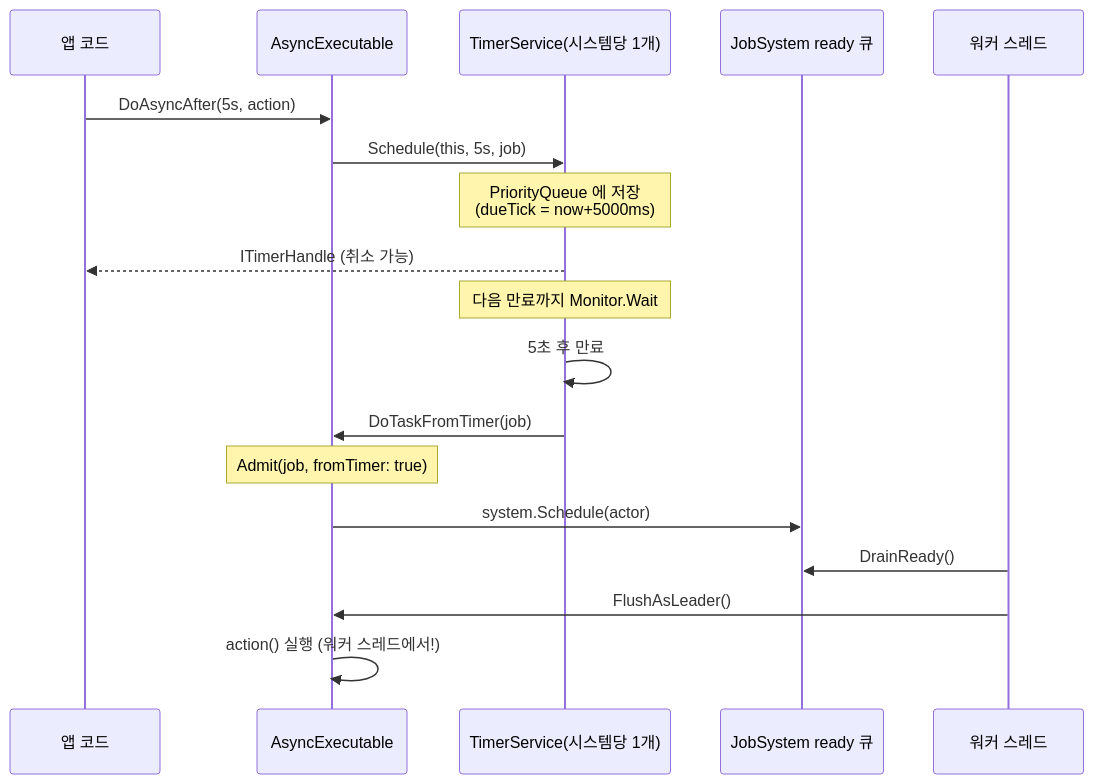
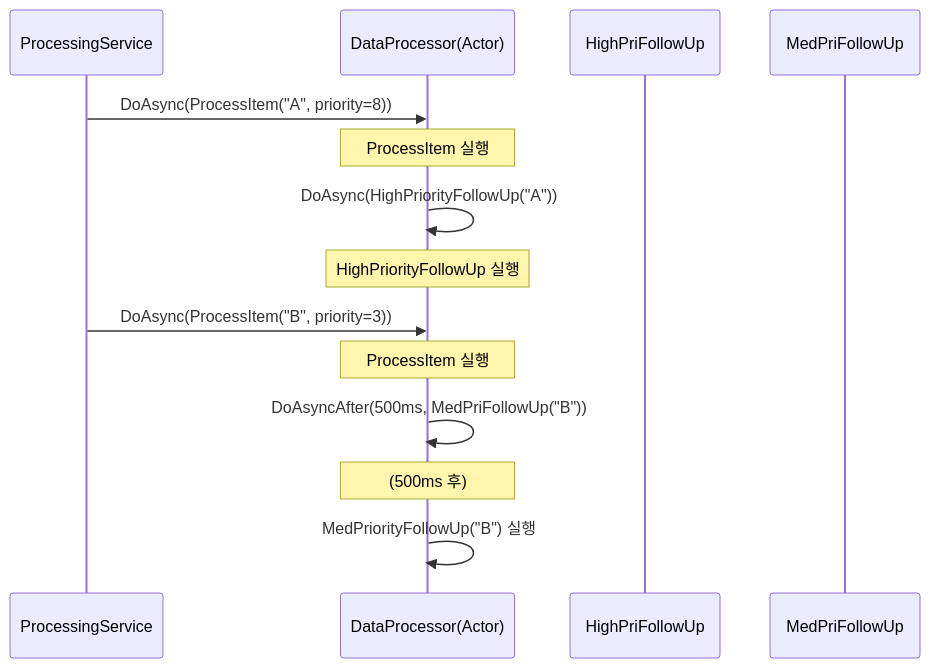
The first of 2 diagrams in Book/chapter05.md (jacking75/JobDispatcherNET), drawn with Mermaid before and after one commit. The commit also changed other lines of this file and 15 other files, not shown here.

````diff
--- a/Book/chapter05.md
+++ b/Book/chapter05.md
@@ -127,22 +435,18 @@
 ```mermaid
 sequenceDiagram
-    participant App as 앱 코드
-    participant AE as AsyncExecutable
-    participant TS as TimerService(시스템당 1개)
-    participant RQ as JobSystem ready 큐
-    participant W as 워커 스레드
+    participant PS as ProcessingService
+    participant DP as DataProcessor(Actor)
+    participant H as HighPriFollowUp
+    participant M as MedPriFollowUp
 
-    App->>AE: DoAsyncAfter(5s, action)
-    AE->>TS: Schedule(this, 5s, job)
-    Note over TS: PriorityQueue 에 저장<br/>(dueTick = now+5000ms)
-    TS-->>App: ITimerHandle (취소 가능)
+    PS->>DP: DoAsync(ProcessItem("A", priority=8))
+    Note over DP: ProcessItem 실행
+    DP->>DP: DoAsync(HighPriorityFollowUp("A"))
+    Note over DP: HighPriorityFollowUp 실행
 
-    Note over TS: 다음 만료까지 Monitor.Wait
-    TS->>TS: 5초 후 만료
-    TS->>AE: DoTaskFromTimer(job)
-    Note over AE: Admit(job, fromTimer: true)
-    AE->>RQ: system.Schedule(actor)
-    W->>RQ: DrainReady()
-    W->>AE: FlushAsLeader()
-    AE->>AE: action() 실행 (워커 스레드에서!)
+    PS->>DP: DoAsync(ProcessItem("B", priority=3))
+    Note over DP: ProcessItem 실행
+    DP->>DP: DoAsyncAfter(500ms, MedPriFollowUp("B"))
+    Note over DP: (500ms 후)
+    DP->>DP: MedPriorityFollowUp("B") 실행
 ```
````
